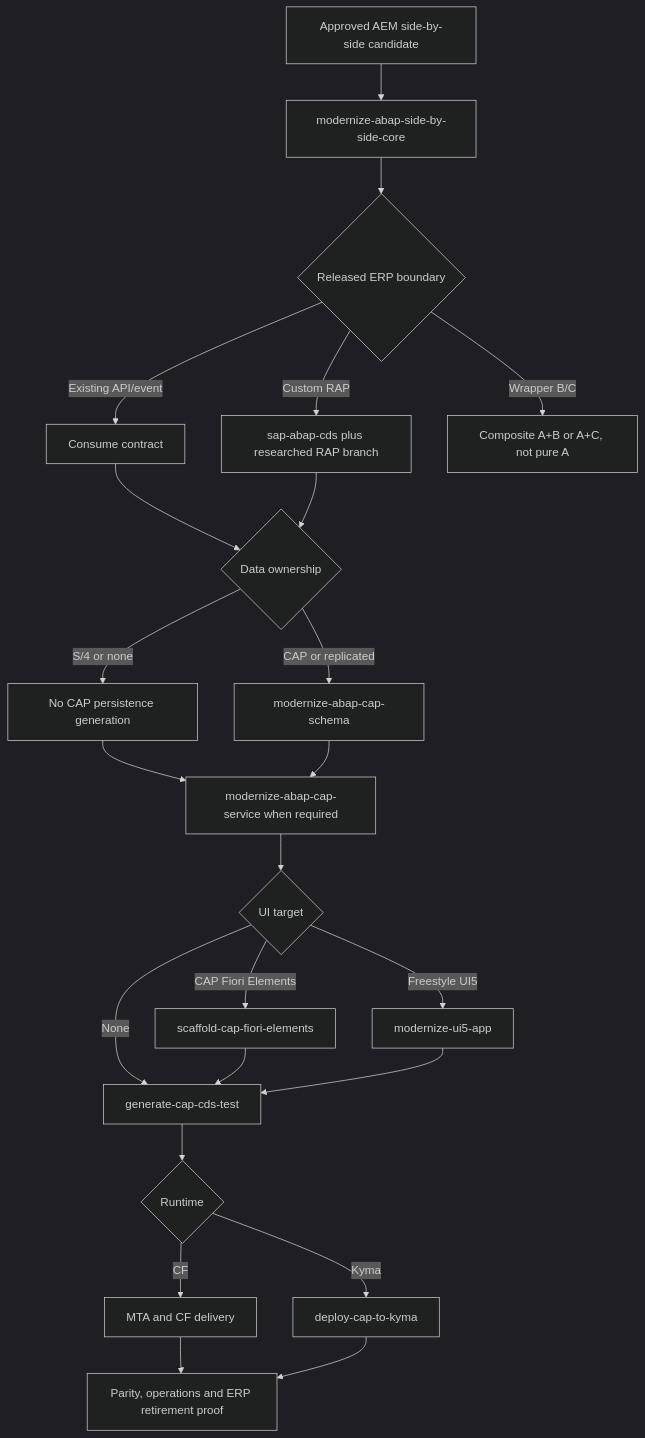
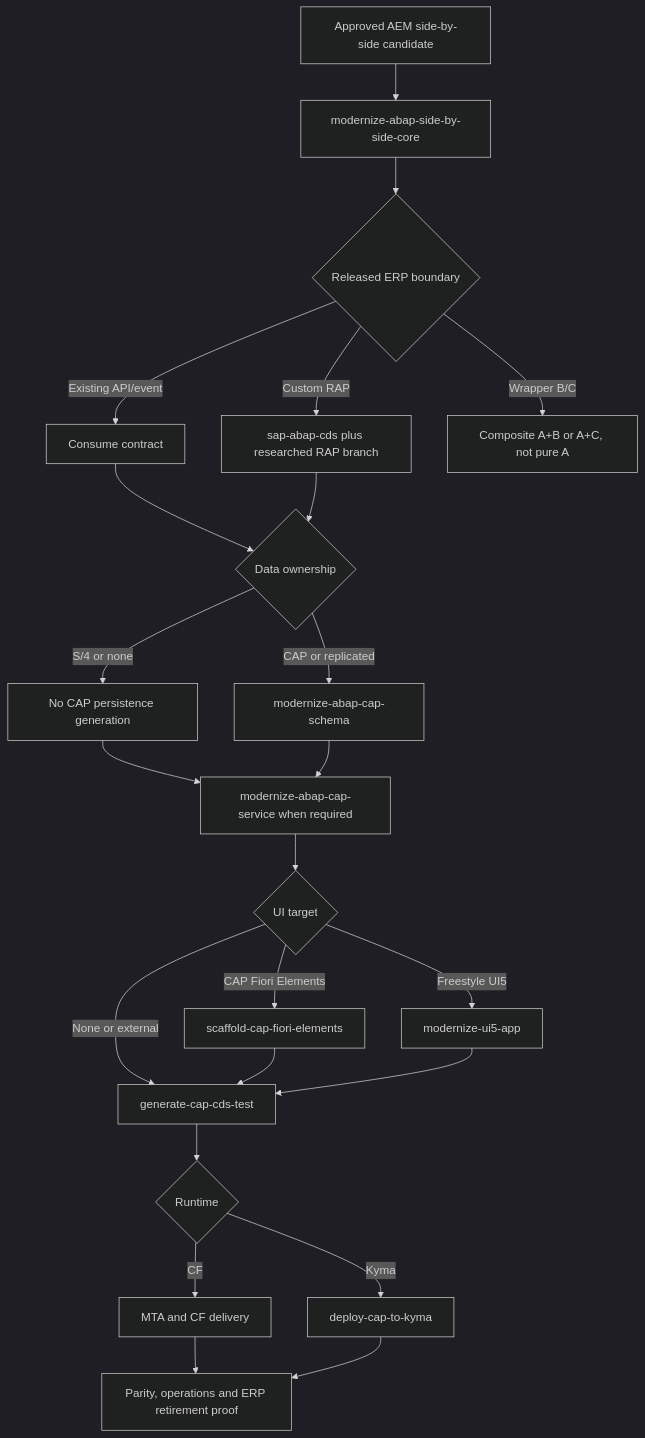
One commit to Raistlin82/arc-1-fork changed the second of 4 diagrams in skills/sap-erp-clean-core-refactor/WORKFLOW.md. Above: the diagram before and after it, drawn with Mermaid (dark theme). The commit also changed other lines of this file and 18 other files, not shown here.

````diff
--- a/skills/sap-erp-clean-core-refactor/WORKFLOW.md
+++ b/skills/sap-erp-clean-core-refactor/WORKFLOW.md
@@ -268,25 +283,25 @@
 ```mermaid
 flowchart TD
     A["Approved AEM side-by-side candidate"] --> B["modernize-abap-side-by-side-core"]
     B --> C{"Released ERP boundary"}
     C -->|Existing API/event| D["Consume contract"]
     C -->|Custom RAP| E["sap-abap-cds plus researched RAP branch"]
     C -->|Wrapper B/C| X["Composite A+B or A+C, not pure A"]
     D --> O{"Data ownership"}
     E --> O
     O -->|S/4 or none| S["No CAP persistence generation"]
     O -->|CAP or replicated| P["modernize-abap-cap-schema"]
     S --> V["modernize-abap-cap-service when required"]
     P --> V
     V --> U{"UI target"}
     U -->|CAP Fiori Elements| FE["scaffold-cap-fiori-elements"]
     U -->|Freestyle UI5| UI5["modernize-ui5-app"]
-    U -->|None| T["generate-cap-cds-test"]
+    U -->|None or external| T["generate-cap-cds-test"]
     FE --> T
     UI5 --> T
     T --> R{"Runtime"}
     R -->|CF| CF["MTA and CF delivery"]
     R -->|Kyma| K["deploy-cap-to-kyma"]
     CF --> Q["Parity, operations and ERP retirement proof"]
     K --> Q
 ```
````
